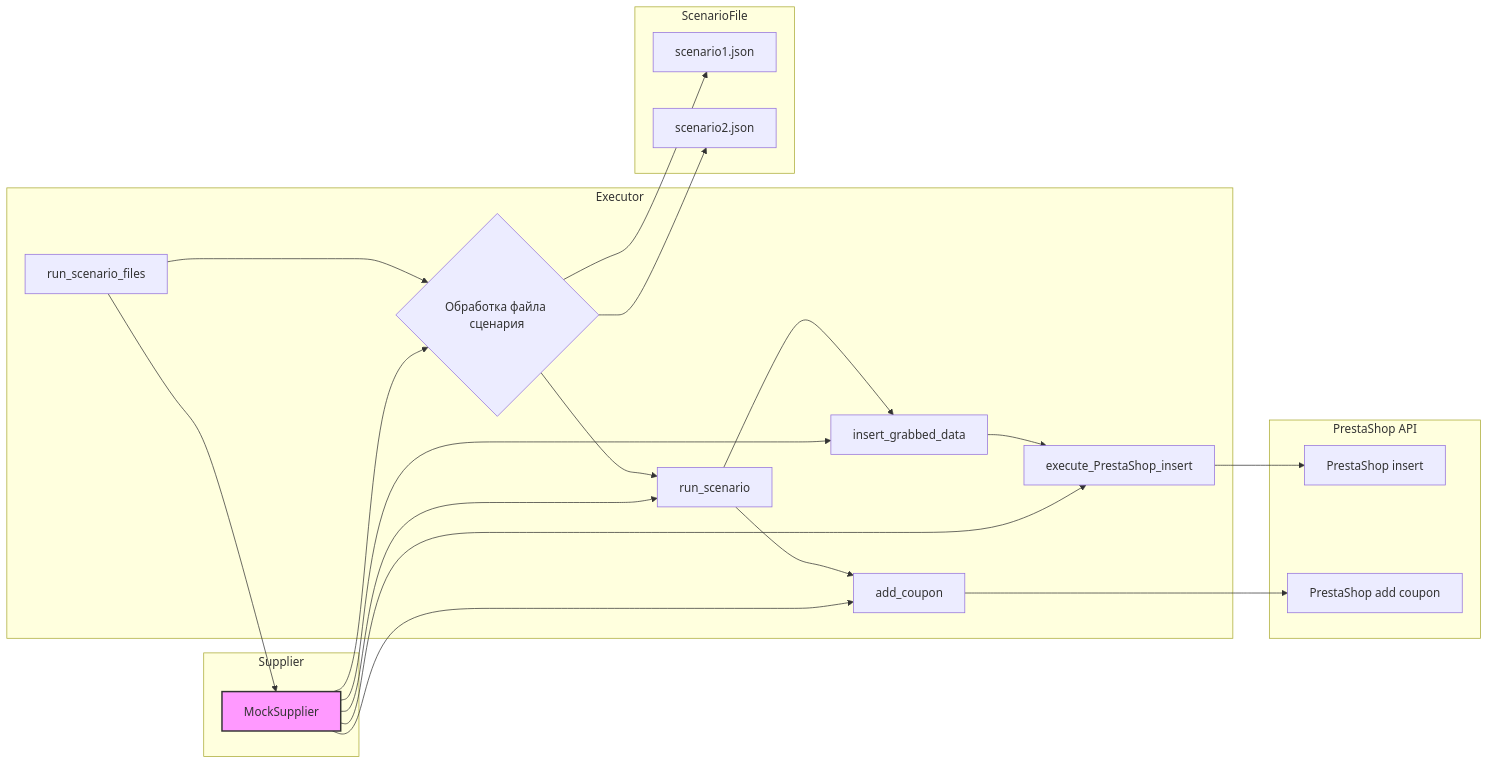
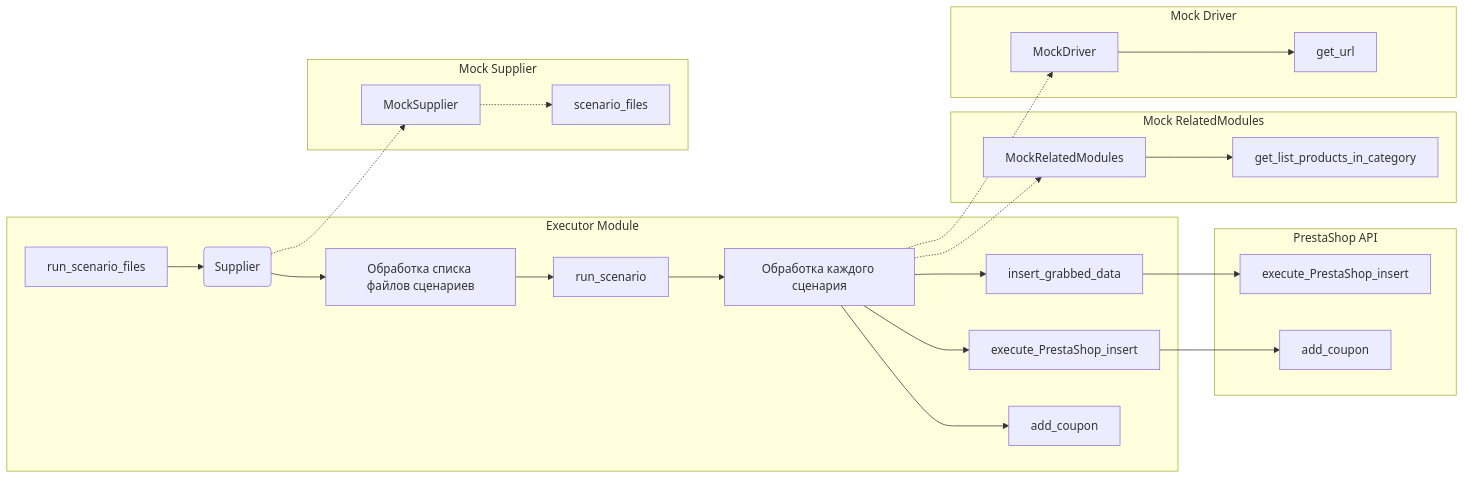
Before and after one commit to hypo69/hypo: the second of 2 diagrams in docs/gemini/ru/explainer/src/scenario/_examples/executor.md, drawn with Mermaid. The commit also changed other lines of this file and 468 other files, not shown here.

````diff
--- a/docs/gemini/ru/explainer/src/scenario/_examples/executor.md
+++ b/docs/gemini/ru/explainer/src/scenario/_examples/executor.md
@@ -80,30 +47,28 @@
 ```mermaid
 graph LR
-    subgraph Executor
-        A[run_scenario_files] --> B{Обработка файла сценария};
-        B --> C[run_scenario];
-        C --> D[insert_grabbed_data];
-        D --> E[execute_PrestaShop_insert];
-        C --> F[add_coupon];
+    subgraph Executor Module
+        A[run_scenario_files] --> B(Supplier);
+        B --> C[Обработка списка файлов сценариев];
+        C --> D[run_scenario];
+        D --> E[Обработка каждого сценария];
+        E --> F[insert_grabbed_data];
+        E --> G[execute_PrestaShop_insert];
+        E --> H[add_coupon];
     end
-    subgraph ScenarioFile
-        B --> G[scenario1.json];
-        B --> H[scenario2.json];
+    subgraph Mock Supplier
+        B -.-> I[MockSupplier];
+        I -.-> J[scenario_files];
+    end
+    subgraph Mock RelatedModules
+        E -.-> K[MockRelatedModules];
+        K --> L[get_list_products_in_category];
+    end
+    subgraph Mock Driver
+        E -.-> M[MockDriver];
+        M --> N[get_url];
     end
     subgraph PrestaShop API
-        E --> I[PrestaShop insert];
-        F --> J[PrestaShop add coupon];
+        F --> O[execute_PrestaShop_insert];
+        G --> P[add_coupon];
     end
-    subgraph Supplier
-        A --> K[MockSupplier];
-        K --> B;
-        K --> C;
-        K --> D;
-        K --> F;
-        K --> E;
-    end
-
-    
-    
-    style K fill:#f9f,stroke:#333,stroke-width:2px
 ```
````
